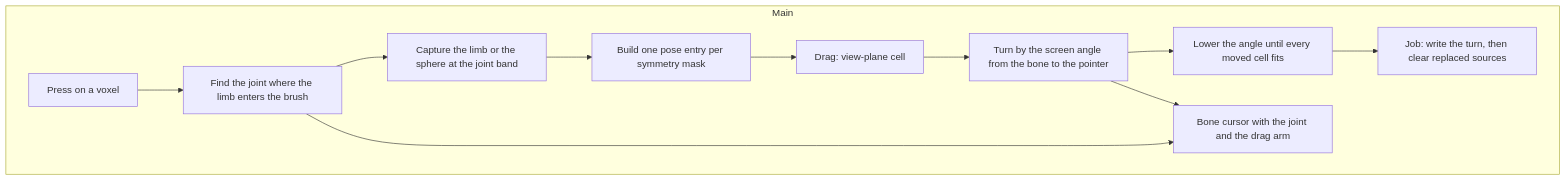
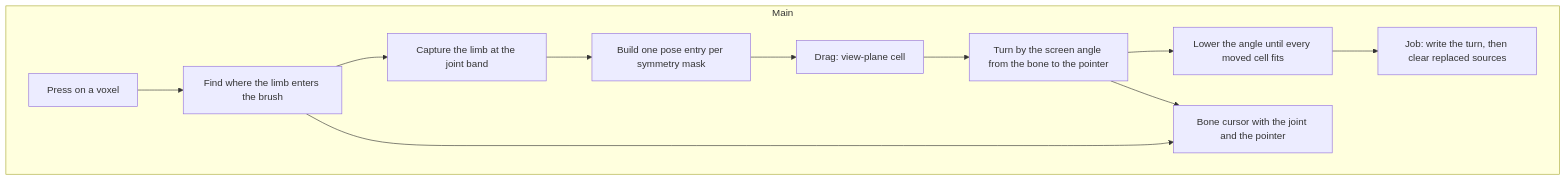
The third of 3 diagrams in docs/agents/tool-flows/deform.md (LeonardMeagher2/LVE), drawn with Mermaid before and after one commit. The commit also changed other lines of this file and 27 other files, not shown here.

````diff
--- a/docs/agents/tool-flows/deform.md
+++ b/docs/agents/tool-flows/deform.md
@@ -139,17 +139,17 @@
 ```mermaid
 flowchart TD
   subgraph Main["Main"]
     P1["Press on a voxel"]
-    P2["Find the joint where the limb enters the brush"]
-    P3["Capture the limb or the sphere at the joint band"]
+    P2["Find where the limb enters the brush"]
+    P3["Capture the limb at the joint band"]
     P4["Build one pose entry per symmetry mask"]
     P5["Drag: view-plane cell"]
     P6["Turn by the screen angle from the bone to the pointer"]
     P7["Lower the angle until every moved cell fits"]
     P8["Job: write the turn, then clear replaced sources"]
-    P9["Bone cursor with the joint and the drag arm"]
+    P9["Bone cursor with the joint and the pointer"]
   end
   P1 --> P2 --> P3 --> P4 --> P5 --> P6 --> P7 --> P8
   P2 --> P9
   P6 --> P9
 ```
````
